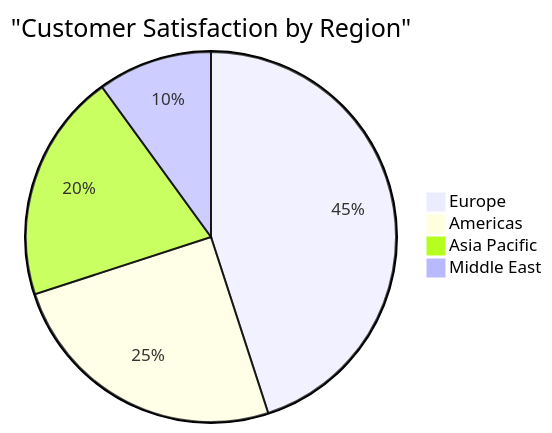
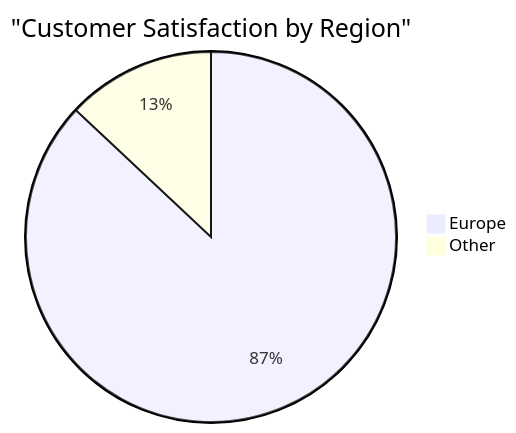
The eighth of 8 diagrams in README.md (SoGhosh719/British_Airways), drawn with Mermaid before and after one commit. The commit also changed other lines of this file, not shown here.

````diff
--- a/README.md
+++ b/README.md
@@ -241,8 +240,6 @@
 ```mermaid {scale: 0.8}
 pie
     title "Customer Satisfaction by Region"
-    "Europe" : 45
-    "Americas" : 25
-    "Asia Pacific" : 20
-    "Middle East" : 10
+    "Europe" : 87
+    "Other" : 13
 ```
````
